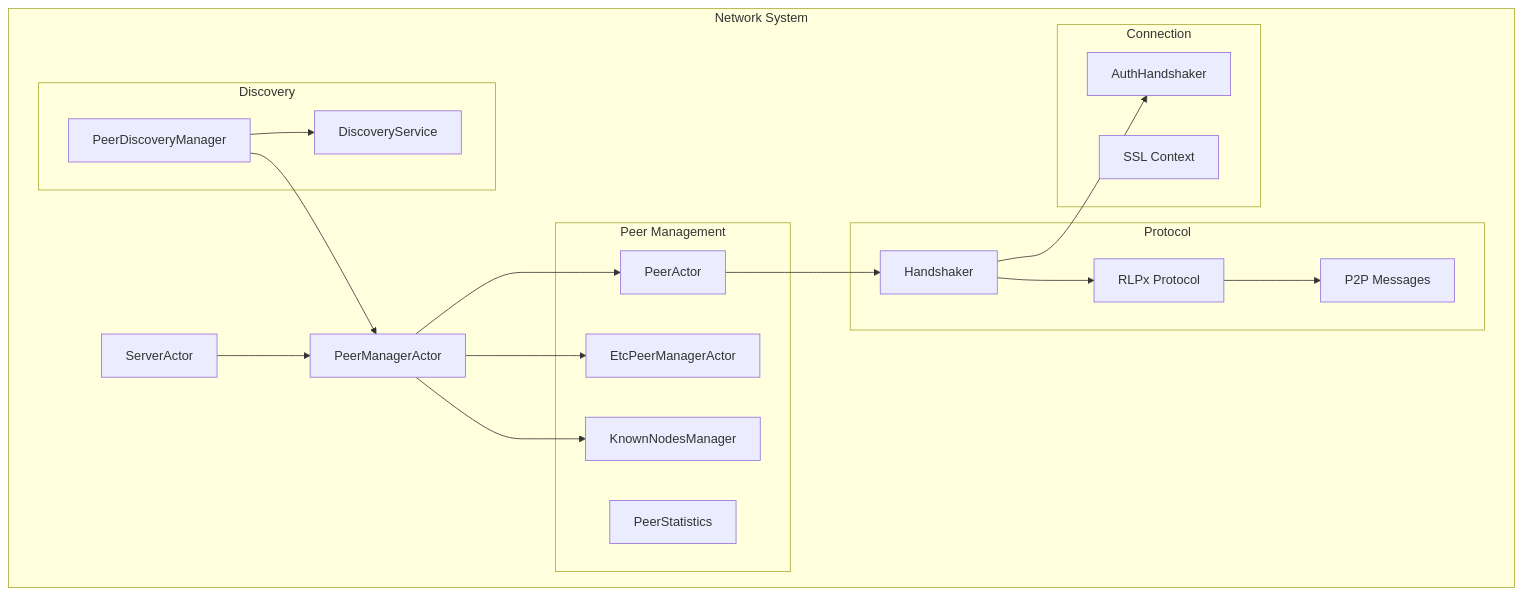
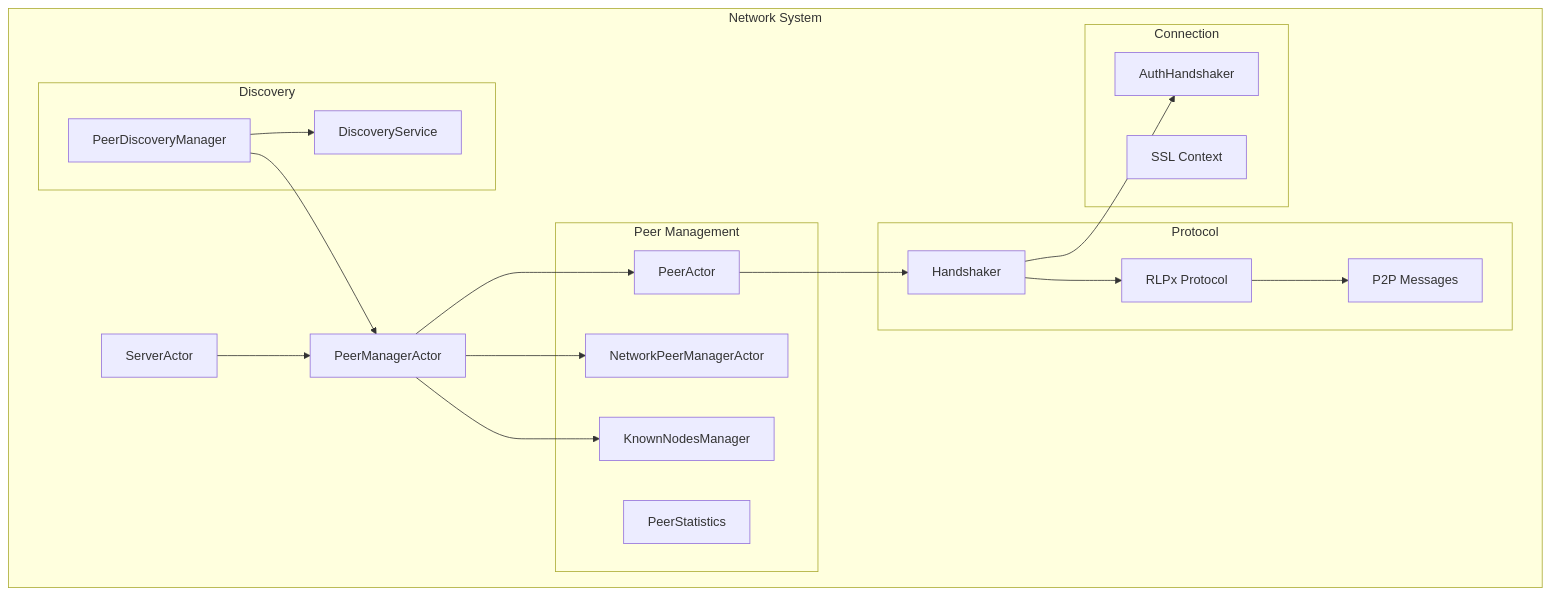
The fifth of 13 diagrams in docs/architecture/architecture-overview.md (chippr-robotics/fukuii), drawn with Mermaid before and after one commit. The commit also changed 182 other files, not shown here.

````diff
--- a/docs/architecture/architecture-overview.md
+++ b/docs/architecture/architecture-overview.md
@@ -253,44 +253,44 @@
 ```mermaid
 graph TB
     subgraph "Network System"
         PM[PeerManagerActor]
         SA[ServerActor]
         
         subgraph "Peer Management"
             PA[PeerActor]
-            EPM[EtcPeerManagerActor]
+            EPM[NetworkPeerManagerActor]
             PS[PeerStatistics]
             KN[KnownNodesManager]
         end
         
         subgraph "Discovery"
             PDM[PeerDiscoveryManager]
             DS[DiscoveryService]
         end
         
         subgraph "Protocol"
             HS[Handshaker]
             RLPX[RLPx Protocol]
             P2P[P2P Messages]
         end
         
         subgraph "Connection"
             AUTH[AuthHandshaker]
             SSL[SSL Context]
         end
     end
     
     PM --> PA
     PM --> EPM
     PM --> KN
     
     SA --> PM
     
     PDM --> DS
     PDM --> PM
     
     PA --> HS
     HS --> RLPX
     HS --> AUTH
     RLPX --> P2P
 ```
````
